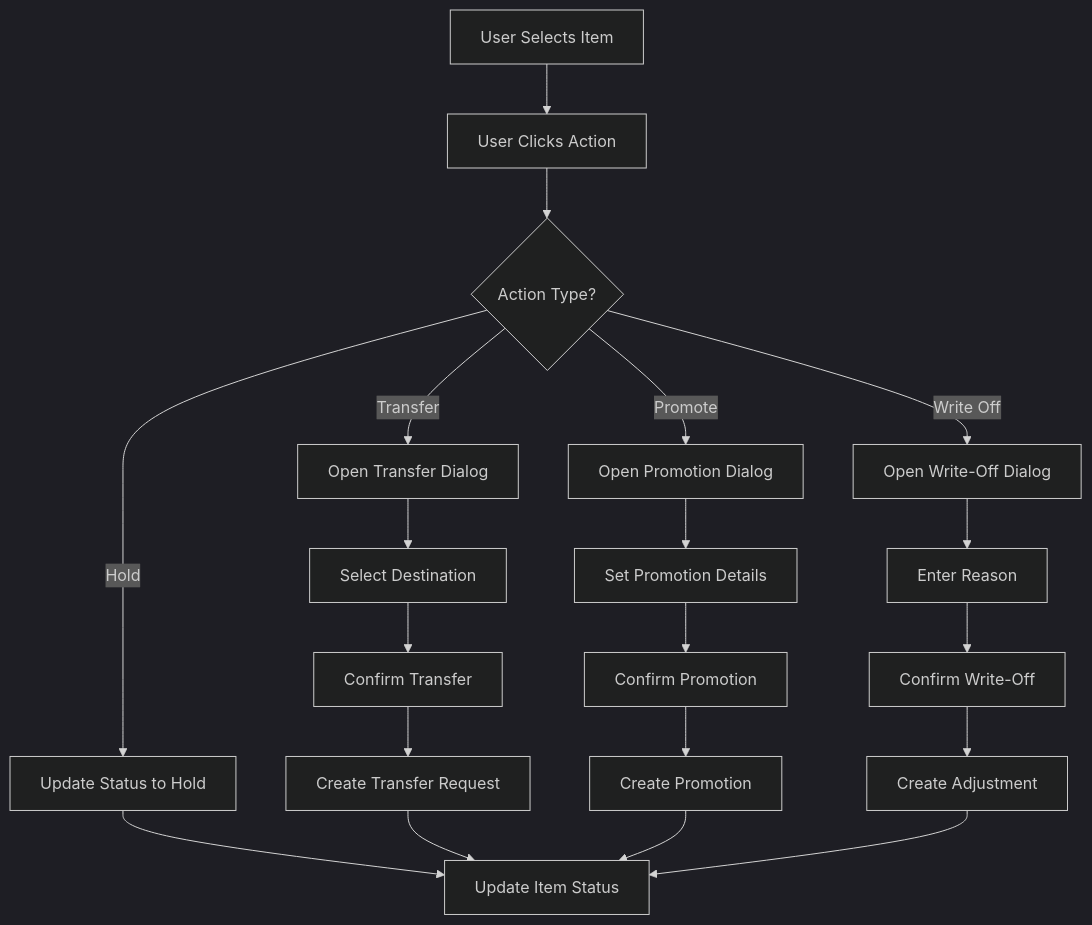
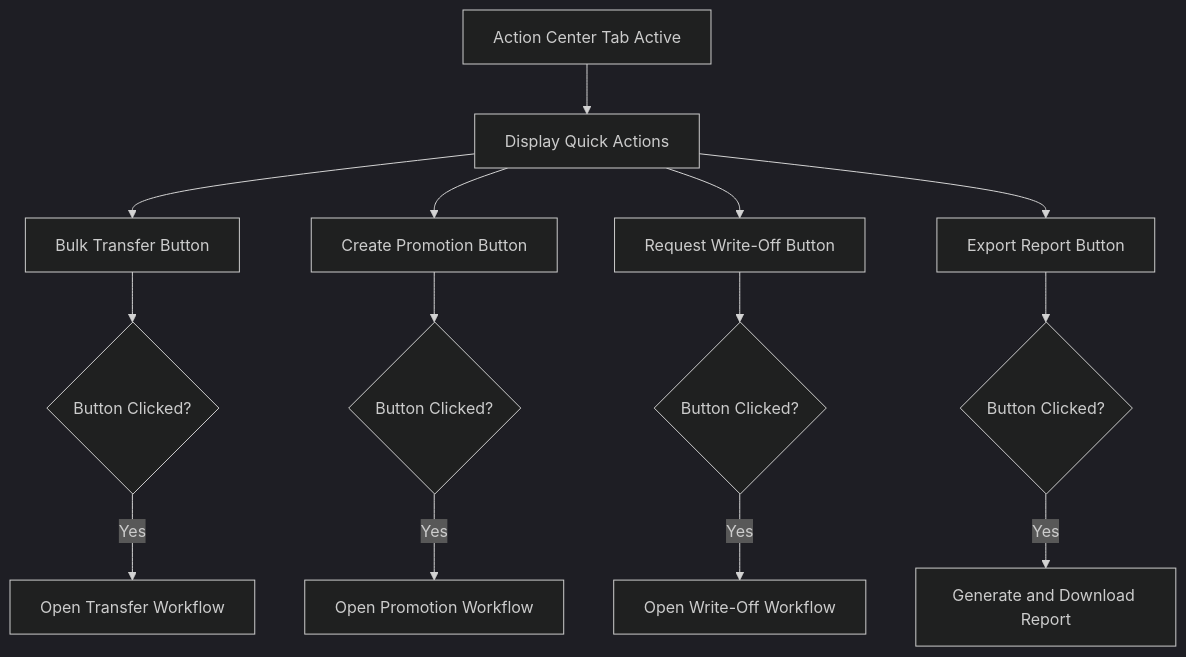
Before and after one commit to PeakMNA/carmen: the tenth of 18 diagrams in docs/app/inventory-management/stock-overview/slow-moving/FD-slow-moving.md, drawn with Mermaid (dark theme). The commit also changed other lines of this file and 473 other files, not shown here.

````diff
--- a/docs/app/inventory-management/stock-overview/slow-moving/FD-slow-moving.md
+++ b/docs/app/inventory-management/stock-overview/slow-moving/FD-slow-moving.md
@@ -136,22 +217,20 @@
 ```mermaid
 flowchart TD
-    A[User Selects Item] --> B[User Clicks Action]
-    B --> C{Action Type?}
-    C -->|Transfer| D[Open Transfer Dialog]
-    C -->|Promote| E[Open Promotion Dialog]
-    C -->|Write Off| F[Open Write-Off Dialog]
-    C -->|Hold| G[Update Status to Hold]
-    D --> H[Select Destination]
-    E --> I[Set Promotion Details]
-    F --> J[Enter Reason]
-    H --> K[Confirm Transfer]
-    I --> L[Confirm Promotion]
-    J --> M[Confirm Write-Off]
-    K --> N[Create Transfer Request]
-    L --> O[Create Promotion]
-    M --> P[Create Adjustment]
-    G --> Q[Update Item Status]
-    N --> Q
-    O --> Q
-    P --> Q
+    A[Action Center Tab Active] --> B[Display Quick Actions]
+    B --> C[Bulk Transfer Button]
+    B --> D[Create Promotion Button]
+    B --> E[Request Write-Off Button]
+    B --> F[Export Report Button]
+
+    C --> G{Button Clicked?}
+    G -->|Yes| H[Open Transfer Workflow]
+
+    D --> I{Button Clicked?}
+    I -->|Yes| J[Open Promotion Workflow]
+
+    E --> K{Button Clicked?}
+    K -->|Yes| L[Open Write-Off Workflow]
+
+    F --> M{Button Clicked?}
+    M -->|Yes| N[Generate and Download Report]
 ```
````
